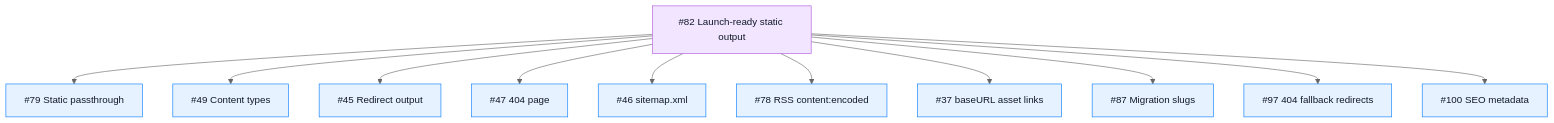
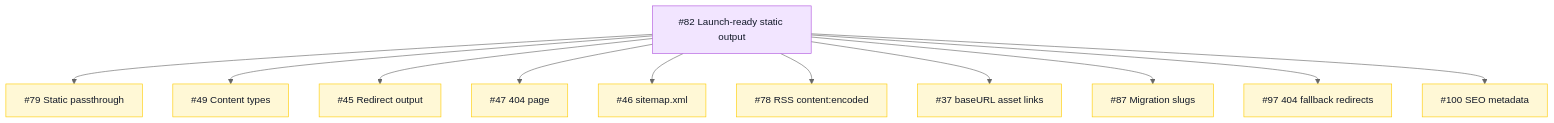
The fifth of 9 diagrams in README.md (TileDown/tile-down), drawn with Mermaid (neutral theme) before and after one commit. The commit also changed other lines of this file, not shown here.

Commit message:
docs(readme): distinguish review roadmap state

````diff
--- a/README.md
+++ b/README.md
@@ -115,18 +118,17 @@
 ```mermaid
 flowchart TD
   Epic["#82 Launch-ready static output"]:::epic
-  Epic --> Static["#79 Static passthrough"]:::active
-  Epic --> Types["#49 Content types"]:::active
-  Epic --> Redirects["#45 Redirect output"]:::active
-  Epic --> NotFound["#47 404 page"]:::active
-  Epic --> Sitemap["#46 sitemap.xml"]:::active
-  Epic --> RSS["#78 RSS content:encoded"]:::active
-  Epic --> BaseURL["#37 baseURL asset links"]:::active
-  Epic --> Slugs["#87 Migration slugs"]:::active
-  Epic --> Fallbacks["#97 404 fallback redirects"]:::active
-  Epic --> Metadata["#100 SEO metadata"]:::active
+  Epic --> Static["#79 Static passthrough"]:::review
+  Epic --> Types["#49 Content types"]:::review
+  Epic --> Redirects["#45 Redirect output"]:::review
+  Epic --> NotFound["#47 404 page"]:::review
+  Epic --> Sitemap["#46 sitemap.xml"]:::review
+  Epic --> RSS["#78 RSS content:encoded"]:::review
+  Epic --> BaseURL["#37 baseURL asset links"]:::review
+  Epic --> Slugs["#87 Migration slugs"]:::review
+  Epic --> Fallbacks["#97 404 fallback redirects"]:::review
+  Epic --> Metadata["#100 SEO metadata"]:::review
 
   classDef epic fill:#f2e5ff,stroke:#af52de,color:#111827
-  classDef active fill:#e6f2ff,stroke:#007aff,color:#111827
-  classDef todo fill:#fff1d6,stroke:#ff9500,color:#111827
+  classDef review fill:#fff8d6,stroke:#ffcc00,color:#111827
 ```
````
